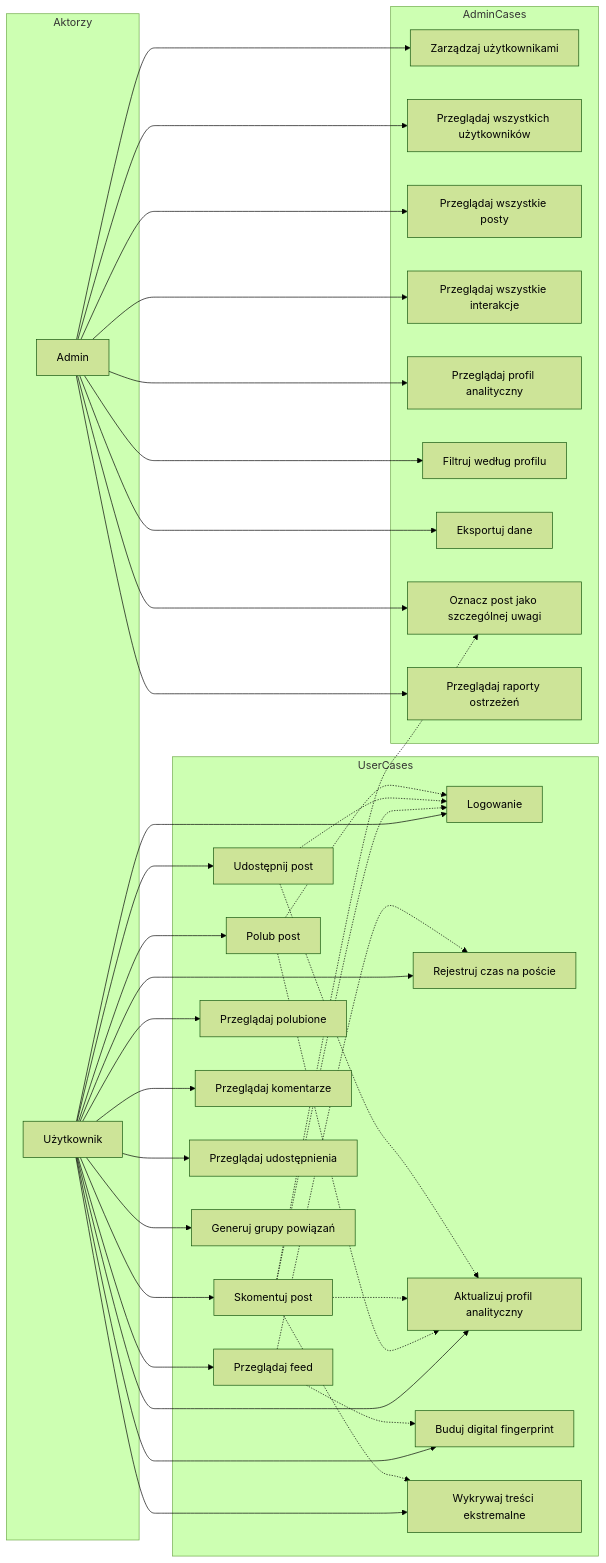
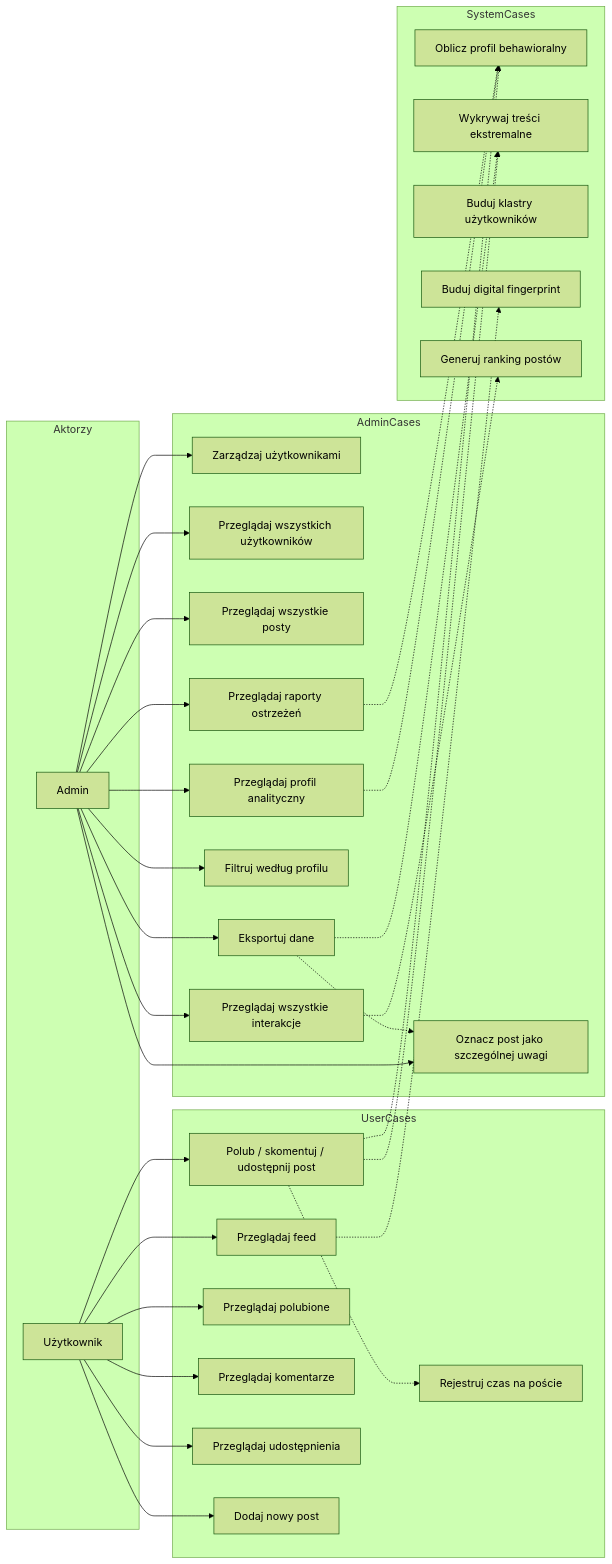
Before and after one commit to ambroz-D-1/bazy-projekt: the diagram in pegasus/analysis/Analiza biznesowa UML.md, drawn with Mermaid (forest theme). The commit also changed 7 other files, not shown here.

Commit message:
feat: add business requirements diagrams

````diff
--- a/pegasus/analysis/Analiza biznesowa UML.md
+++ b/pegasus/analysis/Analiza biznesowa UML.md
@@ -3,53 +3,54 @@
 ```mermaid
 flowchart LR
 subgraph Aktorzy
 A1[Admin]
 A2[Użytkownik]
 end
 
 subgraph AdminCases
 U1[Zarządzaj użytkownikami]
 U2[Przeglądaj wszystkich użytkowników]
 U3[Przeglądaj wszystkie posty]
 U4[Przeglądaj wszystkie interakcje]
 U5[Przeglądaj profil analityczny]
 U6[Filtruj według profilu]
 U7[Eksportuj dane]
 U8[Oznacz post jako szczególnej uwagi]
 U9[Przeglądaj raporty ostrzeżeń]
 end
 
 subgraph UserCases
-U10[Logowanie]
-U11[Przeglądaj feed]
-U12[Polub post]
-U13[Skomentuj post]
-U14[Udostępnij post]
-U15[Przeglądaj polubione]
-U16[Przeglądaj komentarze]
-U17[Przeglądaj udostępnienia]
-U18[Rejestruj czas na poście]
-U19[Aktualizuj profil analityczny]
+U10[Przeglądaj feed]
+U11[Polub / skomentuj / udostępnij post]
+U12[Rejestruj czas na poście]
+U13[Przeglądaj polubione]
+U14[Przeglądaj komentarze]
+U15[Przeglądaj udostępnienia]
+U16[Dodaj nowy post]
+end
+
+subgraph SystemCases
+U17[Oblicz profil behawioralny]
+U18[Wykrywaj treści ekstremalne]
+U19[Buduj klastry użytkowników]
 U20[Buduj digital fingerprint]
-U21[Wykrywaj treści ekstremalne]
-U22[Generuj grupy powiązań]
+U21[Generuj ranking postów]
 end
 
 %% Aktorzy do przypadków
 A1 --> U1 & U2 & U3 & U4 & U5 & U6 & U7 & U8 & U9
-A2 --> U10 & U11 & U12 & U13 & U14 & U15 & U16 & U17 & U18 & U19 & U20 & U21 & U22
+A2 --> U10 & U11 & U13 & U14 & U15 & U16
 
 %% Include
-U13 -.-> U10
-U14 -.-> U10
-U12 -.-> U10
-U12 -.-> U19
-U13 -.-> U19
-U14 -.-> U19
-U11 -.-> U18
+U11 -.-> U12
+U11 -.-> U17
+U5 -.-> U17
+U7 -.-> U18
+U9 -.-> U17
 
 %% Extend
-U11 -.-> U20
-U13 -.-> U21
-U13 -.-> U8
+U10 -.-> U20
+U11 -.-> U18
+U7 -.-> U8
+U4 -.-> U21
 ```
````
